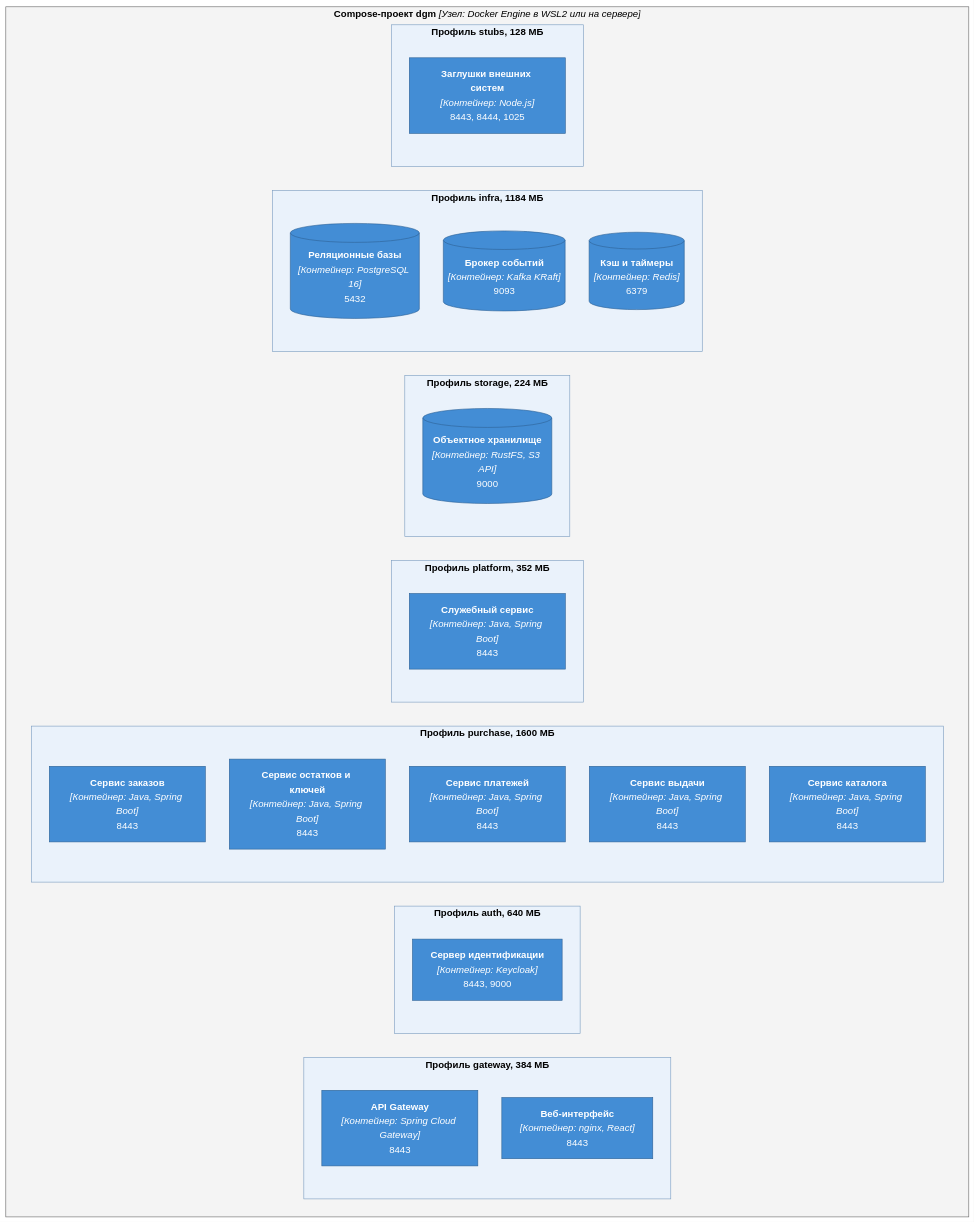
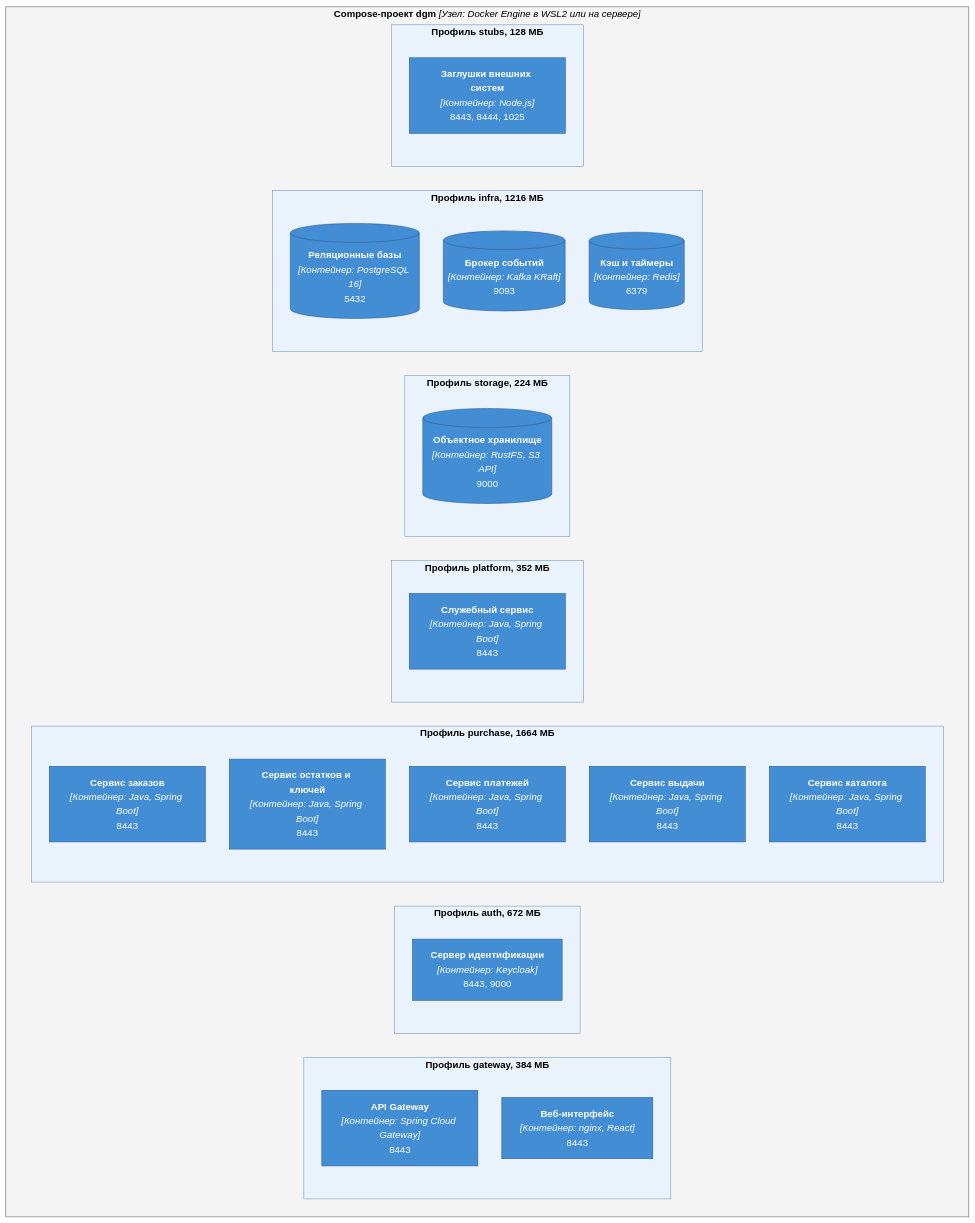
The second of 5 diagrams in docs/05-architecture/c4-deployment.md (Lapin143/digital-goods-marketplace), drawn with Mermaid before and after one commit. The commit also changed other lines of this file and 10 other files, not shown here.

````diff
--- a/docs/05-architecture/c4-deployment.md
+++ b/docs/05-architecture/c4-deployment.md
@@ -78,45 +78,45 @@
 ```mermaid
 %%{init: {"theme":"base","themeVariables":{"edgeLabelBackground":"#ffffff","lineColor":"#444444"},"flowchart": {"nodeSpacing": 40, "rankSpacing": 60, "curve": "basis"}}}%%
 flowchart TB
     subgraph laptop["<b>Compose-проект dgm</b> <i>[Узел: Docker Engine в WSL2 или на сервере]</i>"]
         subgraph p-gateway["<b>Профиль gateway, 384 МБ</b>"]
             api-gateway["<b>API Gateway</b><br/><i>[Контейнер: Spring Cloud Gateway]</i><br/>8443"]
             web-app["<b>Веб-интерфейс</b><br/><i>[Контейнер: nginx, React]</i><br/>8443"]
         end
-        subgraph p-auth["<b>Профиль auth, 640 МБ</b>"]
+        subgraph p-auth["<b>Профиль auth, 672 МБ</b>"]
             keycloak["<b>Сервер идентификации</b><br/><i>[Контейнер: Keycloak]</i><br/>8443, 9000"]
         end
-        subgraph p-purchase["<b>Профиль purchase, 1600 МБ</b>"]
+        subgraph p-purchase["<b>Профиль purchase, 1664 МБ</b>"]
             order-service["<b>Сервис заказов</b><br/><i>[Контейнер: Java, Spring Boot]</i><br/>8443"]
             inventory-service["<b>Сервис остатков и ключей</b><br/><i>[Контейнер: Java, Spring Boot]</i><br/>8443"]
             payment-service["<b>Сервис платежей</b><br/><i>[Контейнер: Java, Spring Boot]</i><br/>8443"]
             delivery-service["<b>Сервис выдачи</b><br/><i>[Контейнер: Java, Spring Boot]</i><br/>8443"]
             catalog-service["<b>Сервис каталога</b><br/><i>[Контейнер: Java, Spring Boot]</i><br/>8443"]
         end
         subgraph p-platform["<b>Профиль platform, 352 МБ</b>"]
             platform-service["<b>Служебный сервис</b><br/><i>[Контейнер: Java, Spring Boot]</i><br/>8443"]
         end
         subgraph p-storage["<b>Профиль storage, 224 МБ</b>"]
             object-storage[("<b>Объектное хранилище</b><br/><i>[Контейнер: RustFS, S3 API]</i><br/>9000")]
         end
-        subgraph p-infra["<b>Профиль infra, 1184 МБ</b>"]
+        subgraph p-infra["<b>Профиль infra, 1216 МБ</b>"]
             postgres[("<b>Реляционные базы</b><br/><i>[Контейнер: PostgreSQL 16]</i><br/>5432")]
             kafka[("<b>Брокер событий</b><br/><i>[Контейнер: Kafka KRaft]</i><br/>9093")]
             redis[("<b>Кэш и таймеры</b><br/><i>[Контейнер: Redis]</i><br/>6379")]
         end
         subgraph p-stubs["<b>Профиль stubs, 128 МБ</b>"]
             external-stubs["<b>Заглушки внешних систем</b><br/><i>[Контейнер: Node.js]</i><br/>8443, 8444, 1025"]
         end
     end
 
     classDef container fill:#438dd5,stroke:#2e6295,color:#ffffff
     class api-gateway,web-app,keycloak,order-service,inventory-service,payment-service,delivery-service,catalog-service,platform-service,object-storage,postgres,kafka,redis,external-stubs container
     style laptop fill:#f4f4f4,stroke:#666666,color:#000000
     style p-gateway fill:#eaf2fb,stroke:#7a9cc0,color:#000000
     style p-auth fill:#eaf2fb,stroke:#7a9cc0,color:#000000
     style p-purchase fill:#eaf2fb,stroke:#7a9cc0,color:#000000
     style p-platform fill:#eaf2fb,stroke:#7a9cc0,color:#000000
     style p-storage fill:#eaf2fb,stroke:#7a9cc0,color:#000000
     style p-infra fill:#eaf2fb,stroke:#7a9cc0,color:#000000
     style p-stubs fill:#eaf2fb,stroke:#7a9cc0,color:#000000
 ```
````
